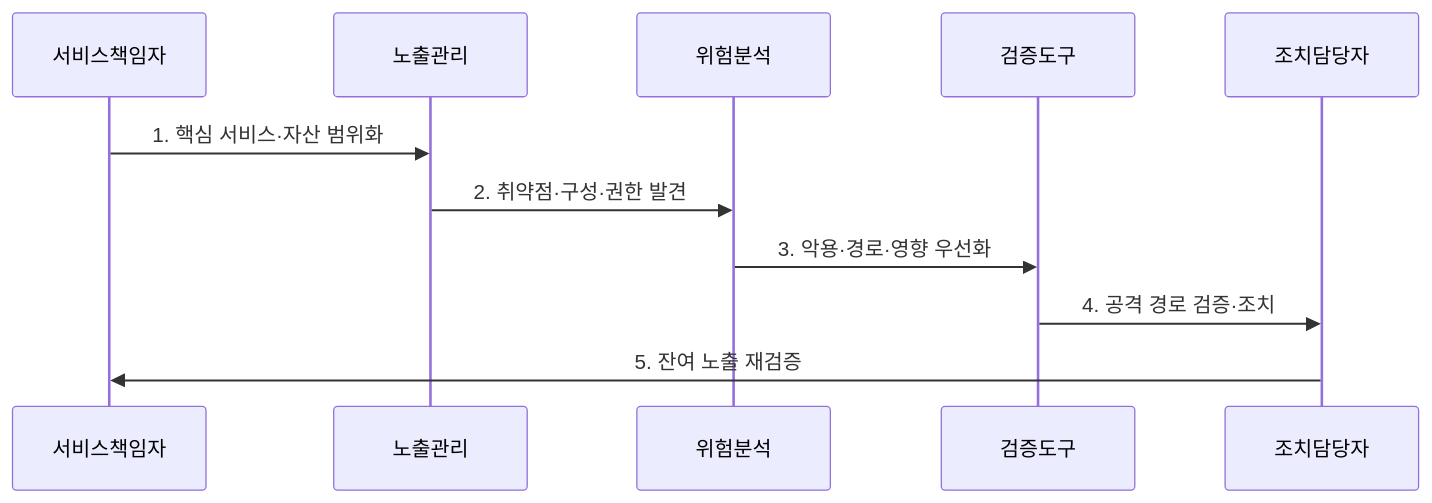
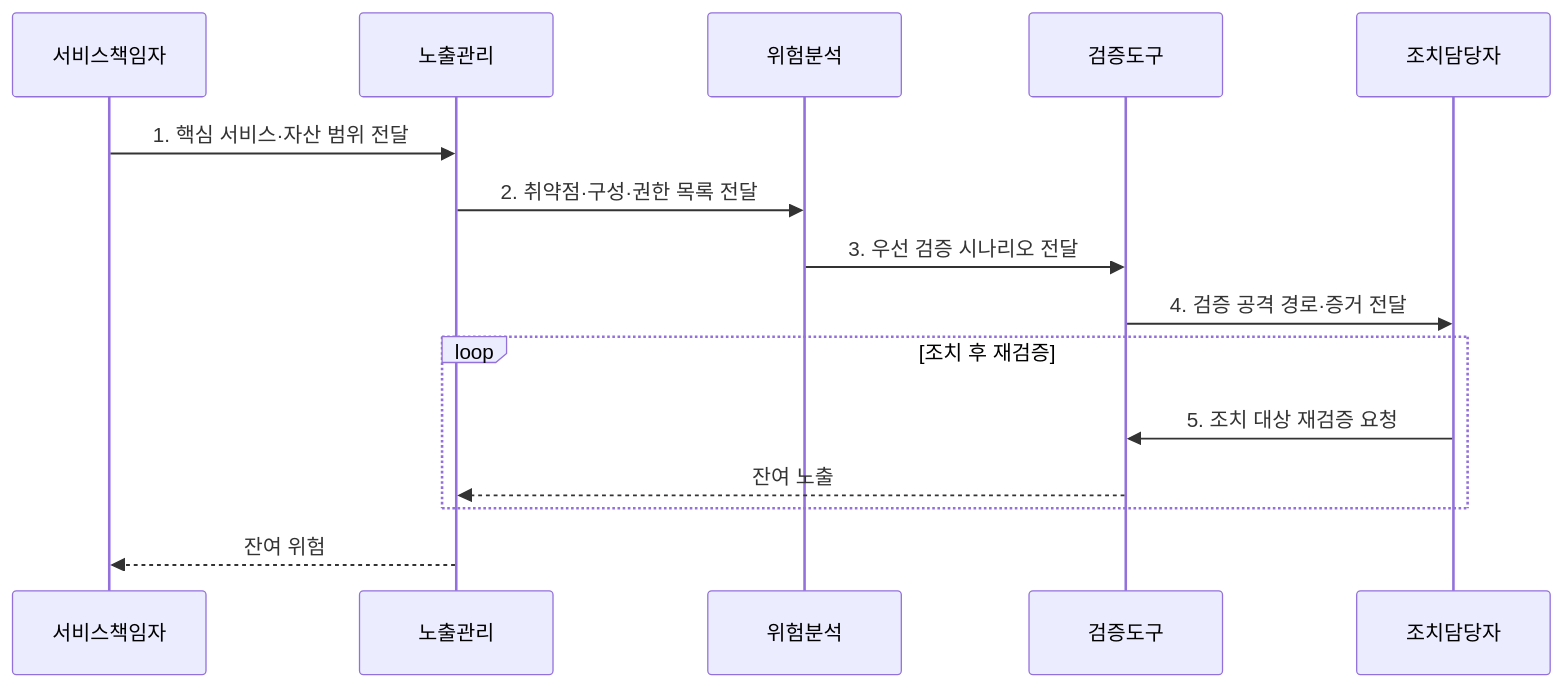
Before and after one commit to agnusdei1207/knowledge-base: the second of 2 diagrams in src/content/docs/notes/05-security/040_ctem.md, drawn with Mermaid. The commit also changed other lines of this file and 20 other files, not shown here.

````diff
--- a/src/content/docs/notes/05-security/040_ctem.md
+++ b/src/content/docs/notes/05-security/040_ctem.md
@@ -80,13 +81,17 @@
 ```mermaid
 sequenceDiagram
     participant 서비스책임자
     participant 노출관리
     participant 위험분석
     participant 검증도구
     participant 조치담당자
-    서비스책임자->>노출관리: 1. 핵심 서비스·자산 범위화
-    노출관리->>위험분석: 2. 취약점·구성·권한 발견
-    위험분석->>검증도구: 3. 악용·경로·영향 우선화
-    검증도구->>조치담당자: 4. 공격 경로 검증·조치
-    조치담당자->>서비스책임자: 5. 잔여 노출 재검증
+    서비스책임자->>노출관리: 1. 핵심 서비스·자산 범위 전달
+    노출관리->>위험분석: 2. 취약점·구성·권한 목록 전달
+    위험분석->>검증도구: 3. 우선 검증 시나리오 전달
+    검증도구->>조치담당자: 4. 검증 공격 경로·증거 전달
+    loop 조치 후 재검증
+        조치담당자->>검증도구: 5. 조치 대상 재검증 요청
+        검증도구-->>노출관리: 잔여 노출
+    end
+    노출관리-->>서비스책임자: 잔여 위험
 ```
````
